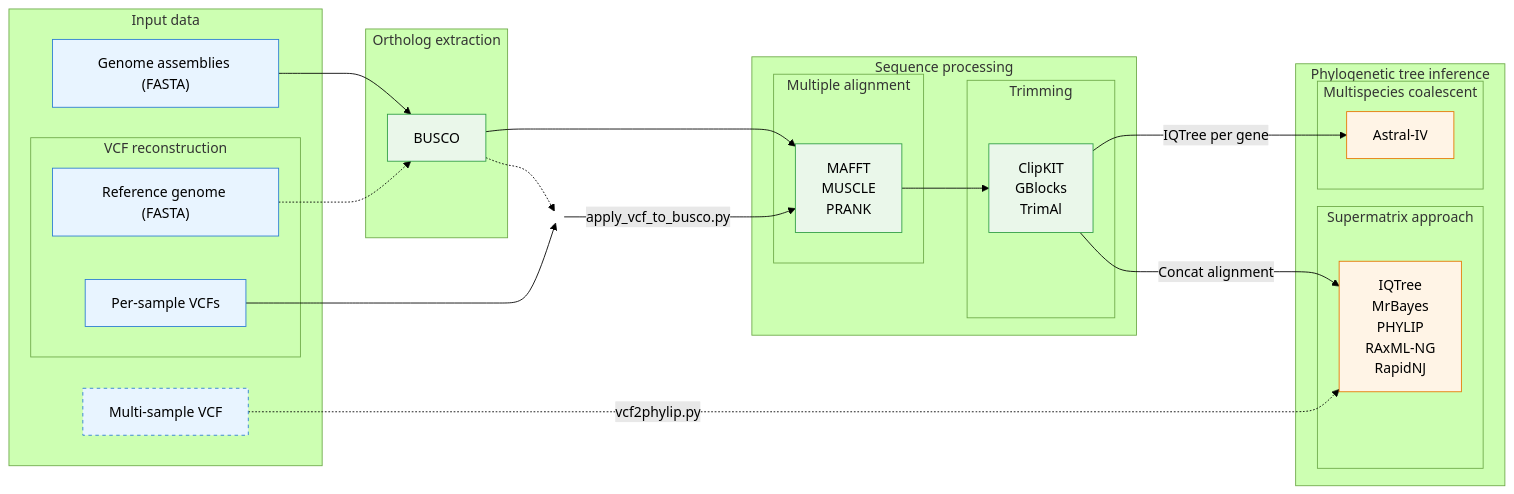
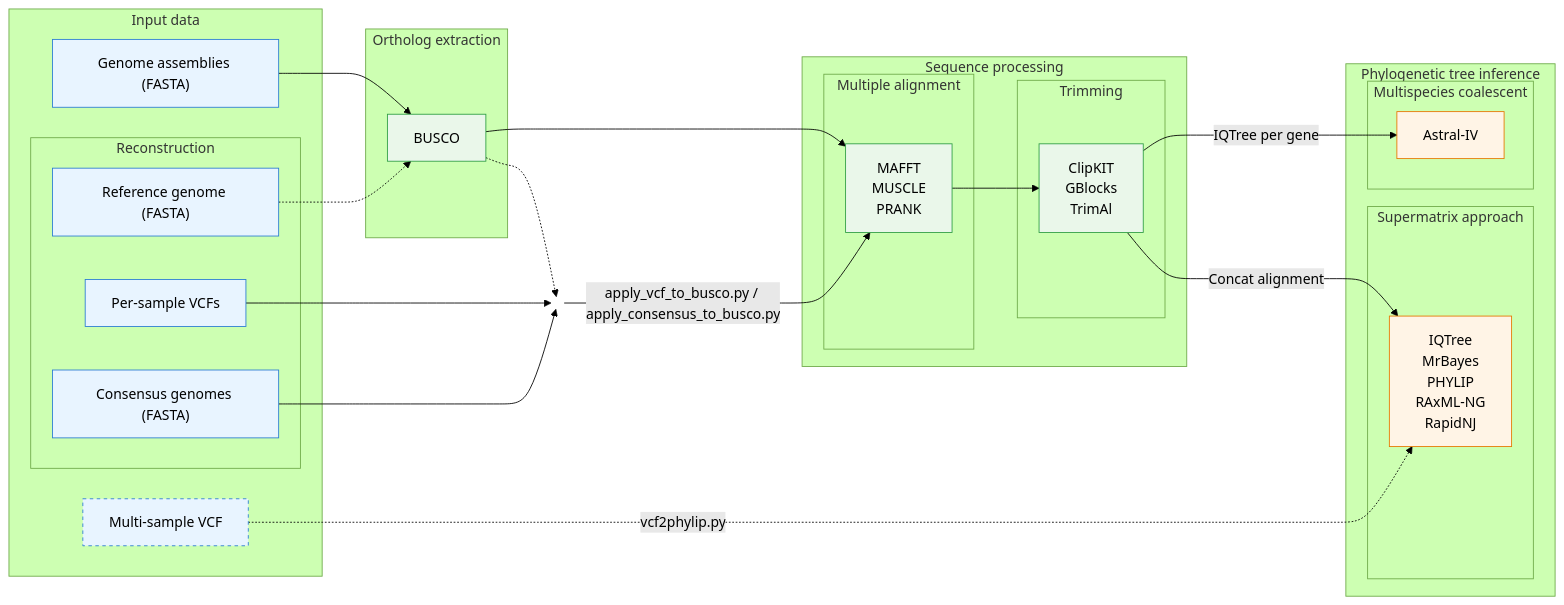
Before and after one commit to tomarovsky/BuscoClade: the diagram in README.md, drawn with Mermaid (forest theme). The commit also changed other lines of this file, not shown here.

````diff
--- a/README.md
+++ b/README.md
@@ -24,68 +24,70 @@
 ```mermaid
 flowchart LR
 
 %% ----- INPUT -----
 subgraph INPUT["Input data"]
 A_fa["Genome assemblies (FASTA)"]
 A_vcf2["Multi-sample VCF"]
-subgraph VCF_REF["VCF reconstruction"]
+subgraph RECON["Reconstruction"]
 A_ref["Reference genome (FASTA)"]
 A_vcf["Per-sample VCFs"]
+A_cons["Consensus genomes (FASTA)"]
 end
 end
 
 %% ----- BUSCO -----
 subgraph BUSCO["Ortholog extraction"]
 B_busco["BUSCO"]
 end
 
 %% ----- PREPROCESSING -----
 subgraph PREP["Sequence processing"]
 subgraph ALN["Multiple alignment"]
 C_aln["MAFFT\nMUSCLE\nPRANK"]
 end
 subgraph FLT["Trimming"]
 C_flt["ClipKIT\nGBlocks\nTrimAl"]
 end
 end
 
 %% ----- PHYLOGENY -----
 subgraph PHYLO["Phylogenetic tree inference"]
 subgraph CONCAT["Supermatrix approach"]
 E_phy["IQTree\nMrBayes\nPHYLIP\nRAxML-NG\nRapidNJ"]
 end
 subgraph TREE["Multispecies coalescent"]
 D_ast["Astral-IV"]
 end
 end
 
 %% ----- MERGE NODE (invisible) -----
 MERGE(( ))
 
 %% ----- EDGES: MAIN -----
 A_fa --> B_busco
 A_ref -.-> B_busco
 B_busco --> C_aln
 B_busco -.-> MERGE
 A_vcf --> MERGE
-MERGE --> |"apply_vcf_to_busco.py"| C_aln
+A_cons --> MERGE
+MERGE --> |"apply_vcf_to_busco.py / apply_consensus_to_busco.py"| C_aln
 C_aln --> C_flt
 C_flt -->|"Concat alignment"| E_phy
 C_flt -->|"IQTree per gene"| D_ast
 
 %% ----- EDGES: VCF2PHYLIP -----
 A_vcf2 -. "vcf2phylip.py" .-> E_phy
 
 %% ----- STYLE -----
 classDef input fill:#e8f4ff,stroke:#2b7cd3,stroke-width:1px
 classDef process fill:#eaf7ea,stroke:#2f9e44,stroke-width:1px
 classDef phylo fill:#fff4e6,stroke:#e67700,stroke-width:1px
 classDef optional fill:#e8f4ff,stroke:#2b7cd3,stroke-width:1px,stroke-dasharray:4 4
 classDef merge fill:none,stroke:none,width:0px
 
-class A_fa,A_ref,A_vcf input
+class A_fa,A_ref,A_vcf,A_cons input
 class B_busco,C_aln,C_flt process
 class D_ast,E_phy phylo
 class A_vcf2 optional
 class MERGE merge
 ```
````
